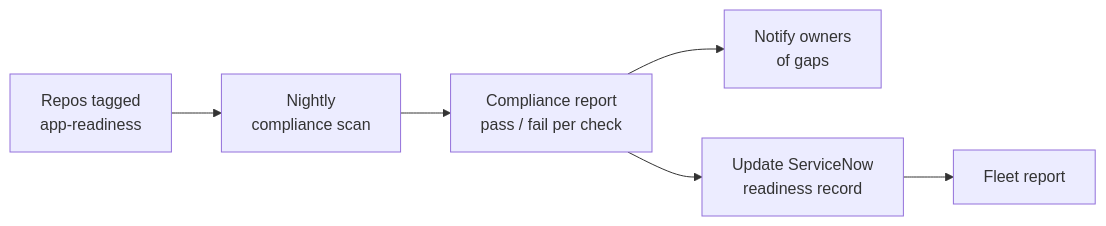
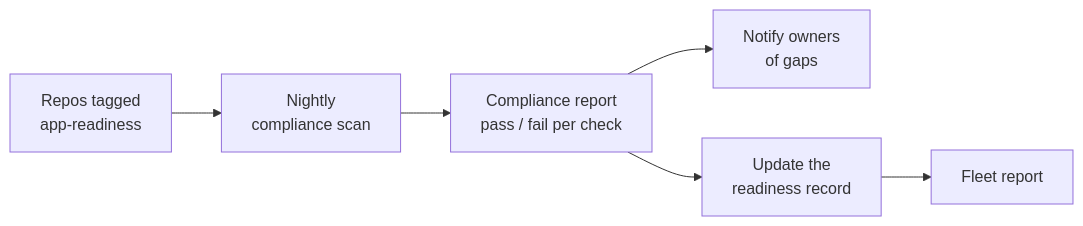
The diagram in docs/reference/compliance-enforcement.md (bcgov/app-readiness-framework), drawn with Mermaid before and after one commit. The commit also changed other lines of this file and 16 other files, not shown here.

First line of the commit message:
Drop ServiceNow as the readiness-tracking system; use a neutral 'readiness record'

````diff
--- a/docs/reference/compliance-enforcement.md
+++ b/docs/reference/compliance-enforcement.md
@@ -68,8 +68,8 @@
 ```mermaid
 graph LR
     R[Repos tagged<br/>app-readiness] --> S[Nightly<br/>compliance scan]
     S --> RP[Compliance report<br/>pass / fail per check]
     RP --> N[Notify owners<br/>of gaps]
-    RP --> SN[Update ServiceNow<br/>readiness record]
+    RP --> SN[Update the<br/>readiness record]
     SN --> D[Fleet report]
 ```
````
